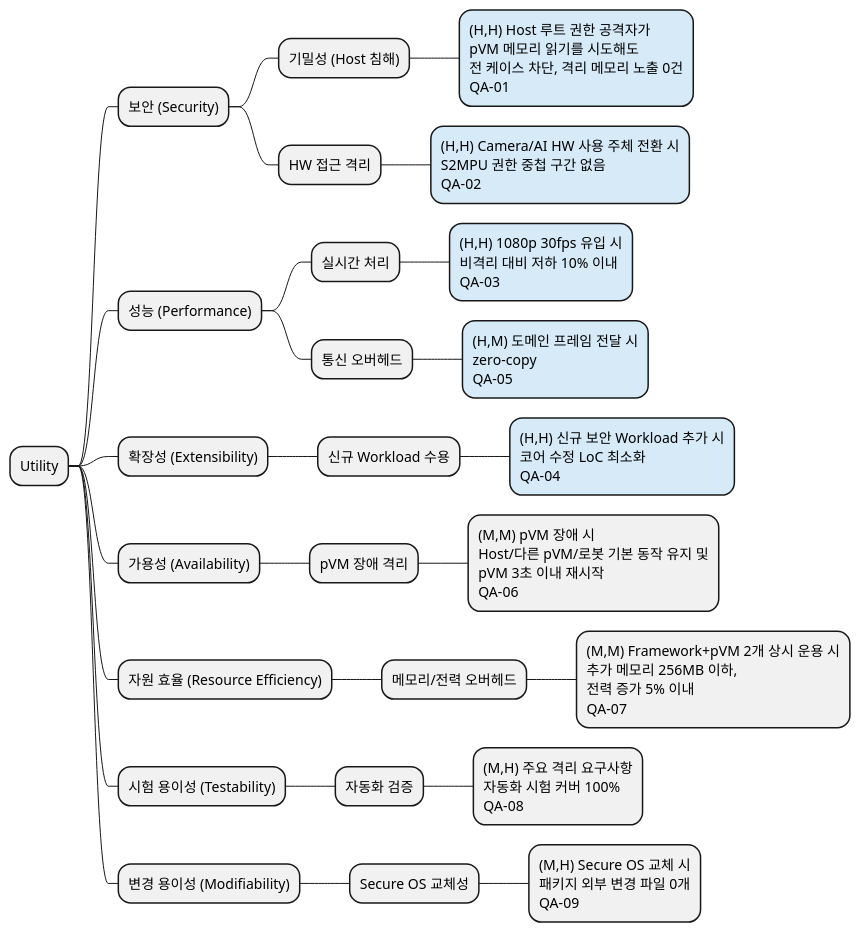
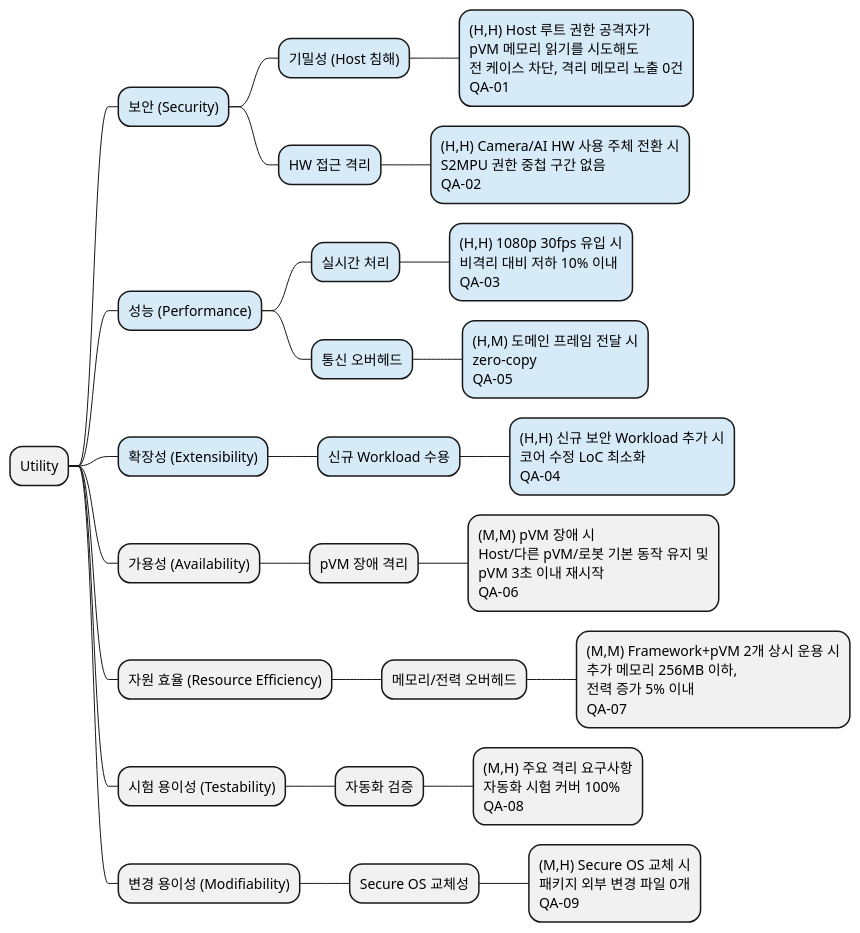
One commit to boram1288/test-p changed the diagram in docs/03_utility_tree.md. Above: the diagram before and after it, drawn with PlantUML.

Commit message:
PlantUML 우선순위 색상 범위 확장
우선순위 1~5 경로의 2depth와 3depth 노드에도 파란색 배경을 적용했다.

````diff
--- a/docs/03_utility_tree.md
+++ b/docs/03_utility_tree.md
@@ -24,30 +24,30 @@
 ```plantuml
 @startmindmap
 * Utility
-** 보안 (Security)
-*** 기밀성 (Host 침해)
+**[#D6EAF8] 보안 (Security)
+***[#D6EAF8] 기밀성 (Host 침해)
 ****[#D6EAF8] (H,H) Host 루트 권한 공격자가\npVM 메모리 읽기를 시도해도\n전 케이스 차단, 격리 메모리 노출 0건\nQA-01
-*** HW 접근 격리
+***[#D6EAF8] HW 접근 격리
 ****[#D6EAF8] (H,H) Camera/AI HW 사용 주체 전환 시\nS2MPU 권한 중첩 구간 없음\nQA-02
-** 성능 (Performance)
-*** 실시간 처리
+**[#D6EAF8] 성능 (Performance)
+***[#D6EAF8] 실시간 처리
 ****[#D6EAF8] (H,H) 1080p 30fps 유입 시\n비격리 대비 저하 10% 이내\nQA-03
-*** 통신 오버헤드
+***[#D6EAF8] 통신 오버헤드
 ****[#D6EAF8] (H,M) 도메인 프레임 전달 시\nzero-copy\nQA-05
-** 확장성 (Extensibility)
-*** 신규 Workload 수용
+**[#D6EAF8] 확장성 (Extensibility)
+***[#D6EAF8] 신규 Workload 수용
 ****[#D6EAF8] (H,H) 신규 보안 Workload 추가 시\n코어 수정 LoC 최소화\nQA-04
 ** 가용성 (Availability)
 *** pVM 장애 격리
 **** (M,M) pVM 장애 시\nHost/다른 pVM/로봇 기본 동작 유지 및\npVM 3초 이내 재시작\nQA-06
 ** 자원 효율 (Resource Efficiency)
 *** 메모리/전력 오버헤드
 **** (M,M) Framework+pVM 2개 상시 운용 시\n추가 메모리 256MB 이하,\n전력 증가 5% 이내\nQA-07
 ** 시험 용이성 (Testability)
 *** 자동화 검증
 **** (M,H) 주요 격리 요구사항\n자동화 시험 커버 100%\nQA-08
 ** 변경 용이성 (Modifiability)
 *** Secure OS 교체성
 **** (M,H) Secure OS 교체 시\n패키지 외부 변경 파일 0개\nQA-09
 @endmindmap
 ```
````
